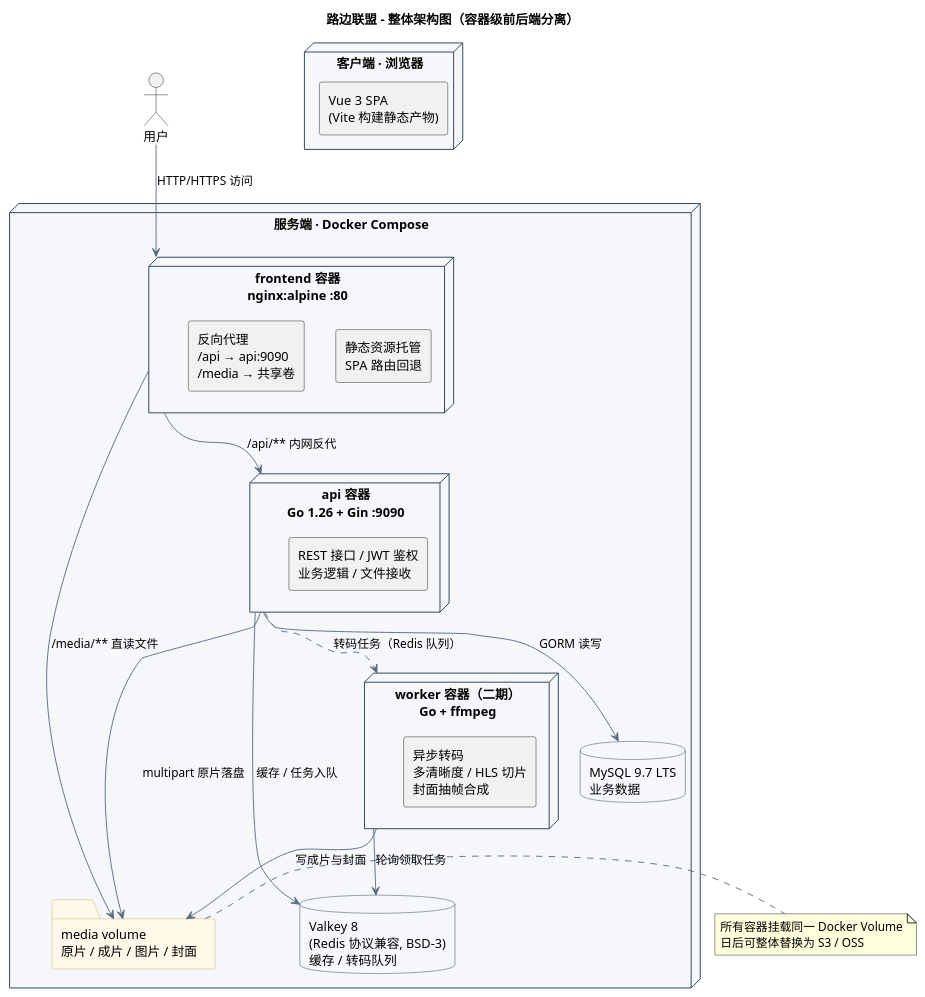
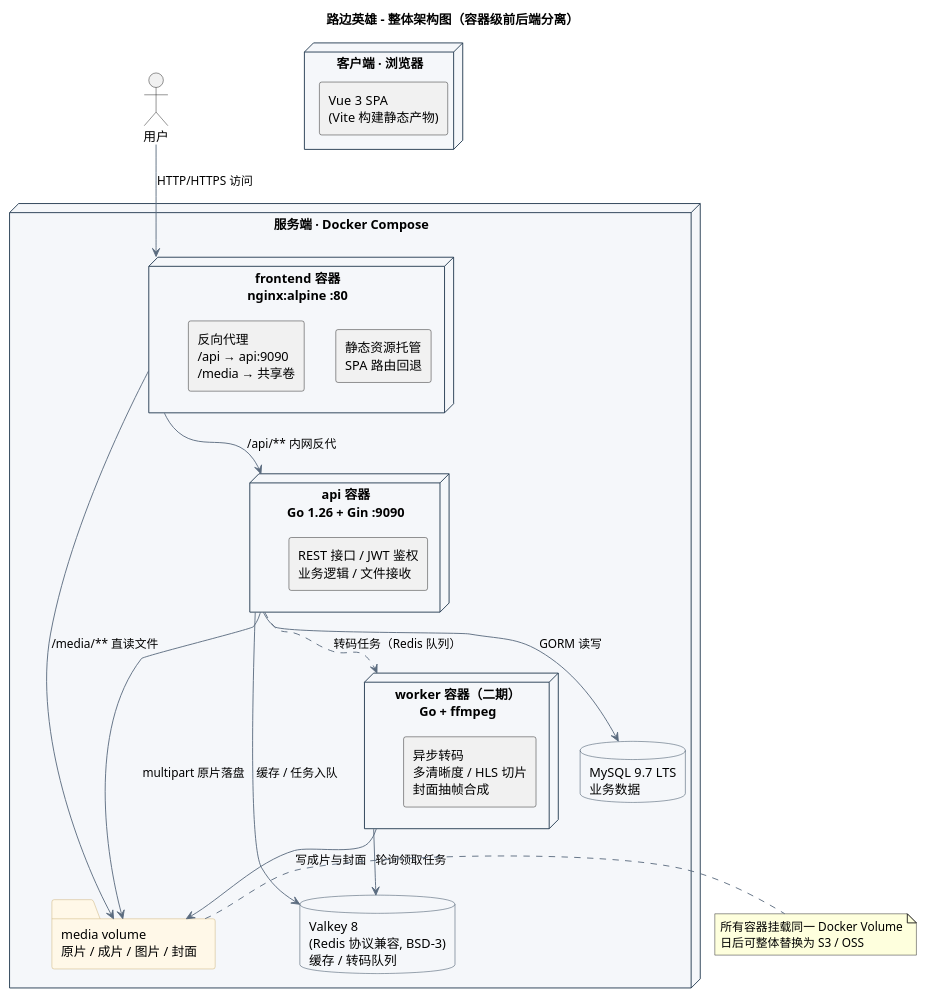
The diagram in docs/architecture/01-整体架构.puml (zmer007/LOL-FCLM), drawn with PlantUML before and after one commit. The commit also changed 17 other files, not shown here.

First line of the commit message:
docs: 将所有“路边联盟”替换为“路边英雄”

```diff
--- a/docs/architecture/01-整体架构.puml
+++ b/docs/architecture/01-整体架构.puml
@@ -1,59 +1,59 @@
 @startuml 整体架构
-title 路边联盟 - 整体架构图（容器级前后端分离）
+title 路边英雄 - 整体架构图（容器级前后端分离）
 skinparam componentStyle rectangle
 skinparam shadowing false
 skinparam defaultFontName "PingFang SC"
 skinparam ArrowColor #5A6B7E
 skinparam NodeBackgroundColor #F5F7FA
 skinparam NodeBorderColor #22394F
 skinparam DatabaseBackgroundColor #F5F7FA
 skinparam DatabaseBorderColor #22394F
 skinparam FolderBackgroundColor #FFF8E8
 skinparam FolderBorderColor #C8AA6E
 
 actor "用户" as user
 
 node "客户端 · 浏览器" as client {
   component "Vue 3 SPA\n(Vite 构建静态产物)" as spa
 }
 
 node "服务端 · Docker Compose" as docker {
 
   node "frontend 容器\nnginx:alpine :80" as nginx {
     component "静态资源托管\nSPA 路由回退" as static
     component "反向代理\n/api → api:9090\n/media → 共享卷" as proxy
   }
 
   node "api 容器\nGo 1.26 + Gin :9090" as api {
     component "REST 接口 / JWT 鉴权\n业务逻辑 / 文件接收" as api_core
   }
 
   node "worker 容器（二期）\nGo + ffmpeg" as worker {
     component "异步转码\n多清晰度 / HLS 切片\n封面抽帧合成" as transcode
   }
 
   database "MySQL 9.7 LTS\n业务数据" as mysql
   database "Valkey 8\n(Redis 协议兼容, BSD-3)\n缓存 / 转码队列" as redis
   folder "media volume\n原片 / 成片 / 图片 / 封面" as media
 }
 
 user --> nginx : HTTP/HTTPS 访问
 spa -[hidden]- static
 
 nginx --> api : /api/** 内网反代
 nginx --> media : /media/** 直读文件
 
 api --> mysql : GORM 读写
 api --> redis : 缓存 / 任务入队
 api --> media : multipart 原片落盘
 
 api ..> worker : 转码任务（Redis 队列）
 worker --> redis : 轮询领取任务
 worker --> media : 写成片与封面
 
 note right of media
   所有容器挂载同一 Docker Volume
   日后可整体替换为 S3 / OSS
 end note
 
 @enduml
```
